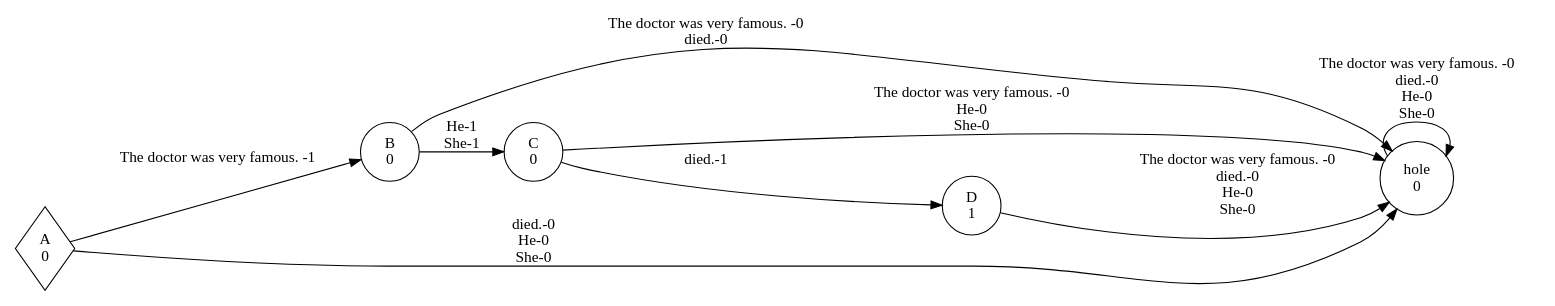
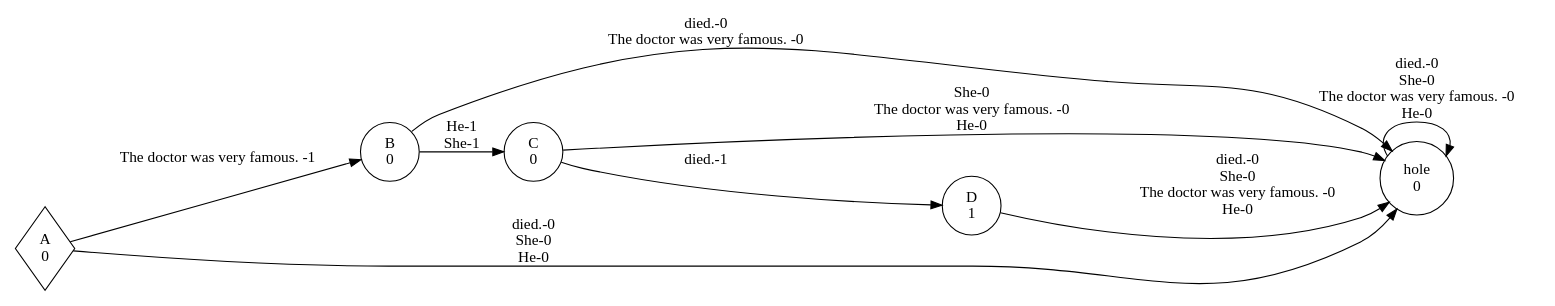
One commit to kidnixt/pdfa_extraction changed the diagram in EXPERIMENT_doctor_post_branching/DOCTOR_WFA_1.dot. Above: the diagram before and after it, drawn with Graphviz. The commit also changed 31 other files, not shown here.

```diff
--- a/EXPERIMENT_doctor_post_branching/DOCTOR_WFA_1.dot
+++ b/EXPERIMENT_doctor_post_branching/DOCTOR_WFA_1.dot
@@ -1,34 +1,34 @@
 digraph weighted_automaton {
 	margin=0 rankdir=LR size=15
 	node [shape=circle]
 	A [label="A
 0" shape=diamond]
 	A -> B [label="The doctor was very famous. -1"]
 	A -> hole [label="died.-0
-He-0
-She-0"]
+She-0
+He-0"]
 	B [label="B
 0"]
 	B -> C [label="He-1
 She-1"]
-	B -> hole [label="The doctor was very famous. -0
-died.-0"]
+	B -> hole [label="died.-0
+The doctor was very famous. -0"]
 	C [label="C
 0"]
 	C -> D [label="died.-1"]
-	C -> hole [label="The doctor was very famous. -0
-He-0
-She-0"]
+	C -> hole [label="She-0
+The doctor was very famous. -0
+He-0"]
 	D [label="D
 1"]
-	D -> hole [label="The doctor was very famous. -0
-died.-0
-He-0
-She-0"]
+	D -> hole [label="died.-0
+She-0
+The doctor was very famous. -0
+He-0"]
 	hole [label="hole
 0"]
-	hole -> hole [label="The doctor was very famous. -0
-died.-0
-He-0
-She-0"]
+	hole -> hole [label="died.-0
+She-0
+The doctor was very famous. -0
+He-0"]
 }
```
